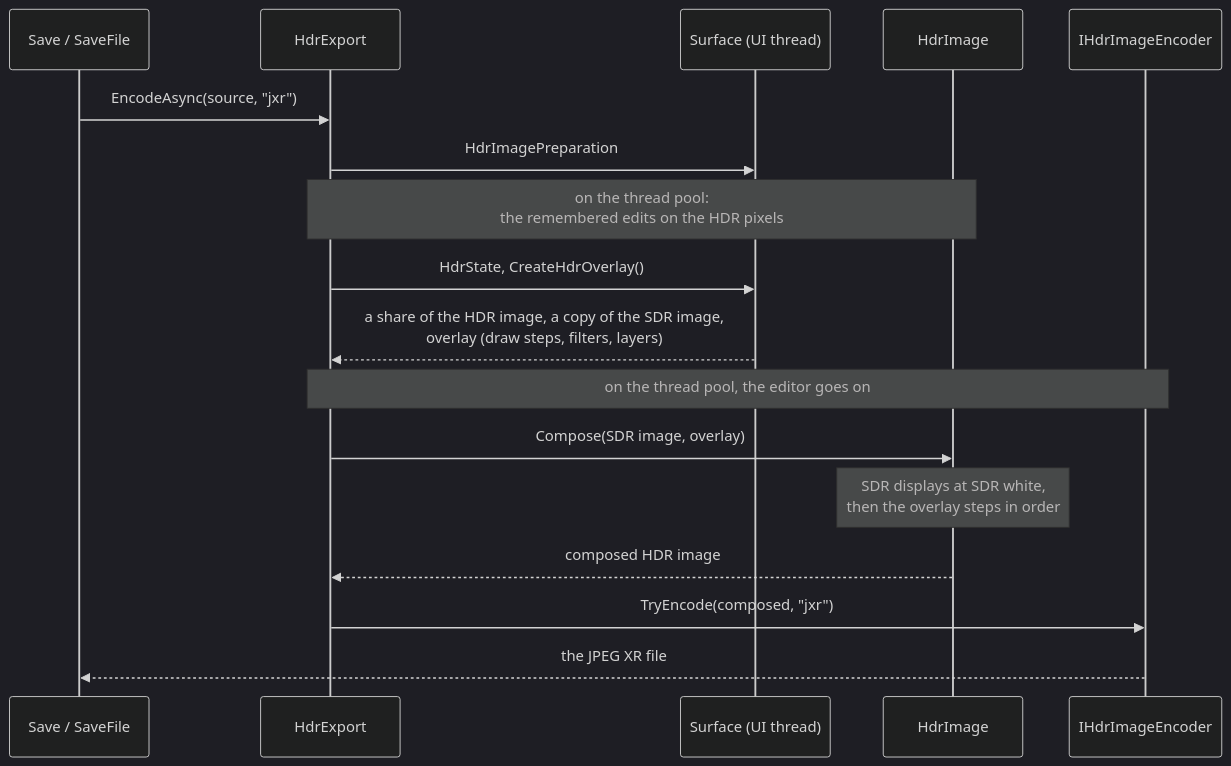
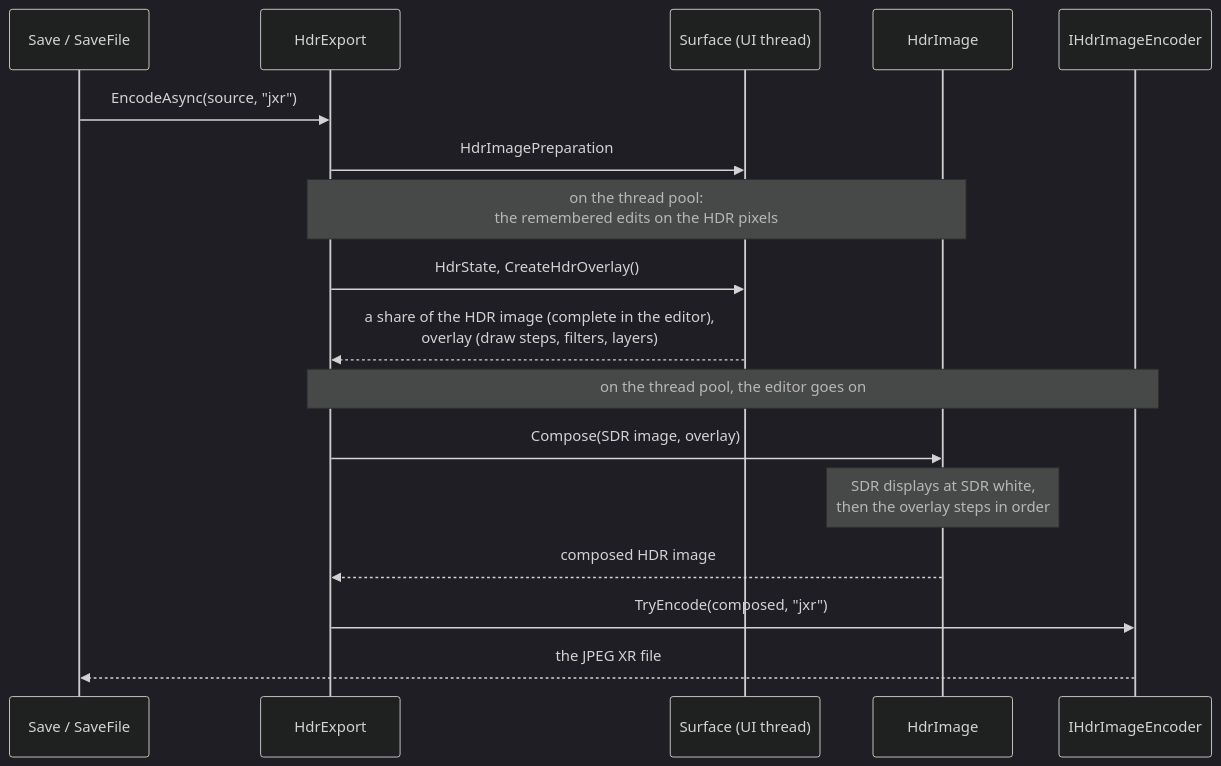
One commit to greenshot/greenshot changed the second of 3 diagrams in docs/vNext/hdr.md. Above: the diagram before and after it, drawn with Mermaid (dark theme). The commit also changed other lines of this file and 8 other files, not shown here.

First line of the commit message:
Keep one complete HDR image in the editor

````diff
--- a/docs/vNext/hdr.md
+++ b/docs/vNext/hdr.md
@@ -135,19 +135,19 @@
 ```mermaid
 sequenceDiagram
     participant Save as Save / SaveFile
     participant Export as HdrExport
     participant Surface as Surface (UI thread)
     participant Hdr as HdrImage
     participant Wic as IHdrImageEncoder
     Save->>Export: EncodeAsync(source, "jxr")
     Export->>Surface: HdrImagePreparation
     Note over Export,Hdr: on the thread pool:<br/>the remembered edits on the HDR pixels
     Export->>Surface: HdrState, CreateHdrOverlay()
-    Surface-->>Export: a share of the HDR image, a copy of the SDR image,<br/>overlay (draw steps, filters, layers)
+    Surface-->>Export: a share of the HDR image (complete in the editor),<br/>overlay (draw steps, filters, layers)
     Note over Export,Wic: on the thread pool, the editor goes on
     Export->>Hdr: Compose(SDR image, overlay)
     Note over Hdr: SDR displays at SDR white,<br/>then the overlay steps in order
     Hdr-->>Export: composed HDR image
     Export->>Wic: TryEncode(composed, "jxr")
     Wic-->>Save: the JPEG XR file
 ```
````
